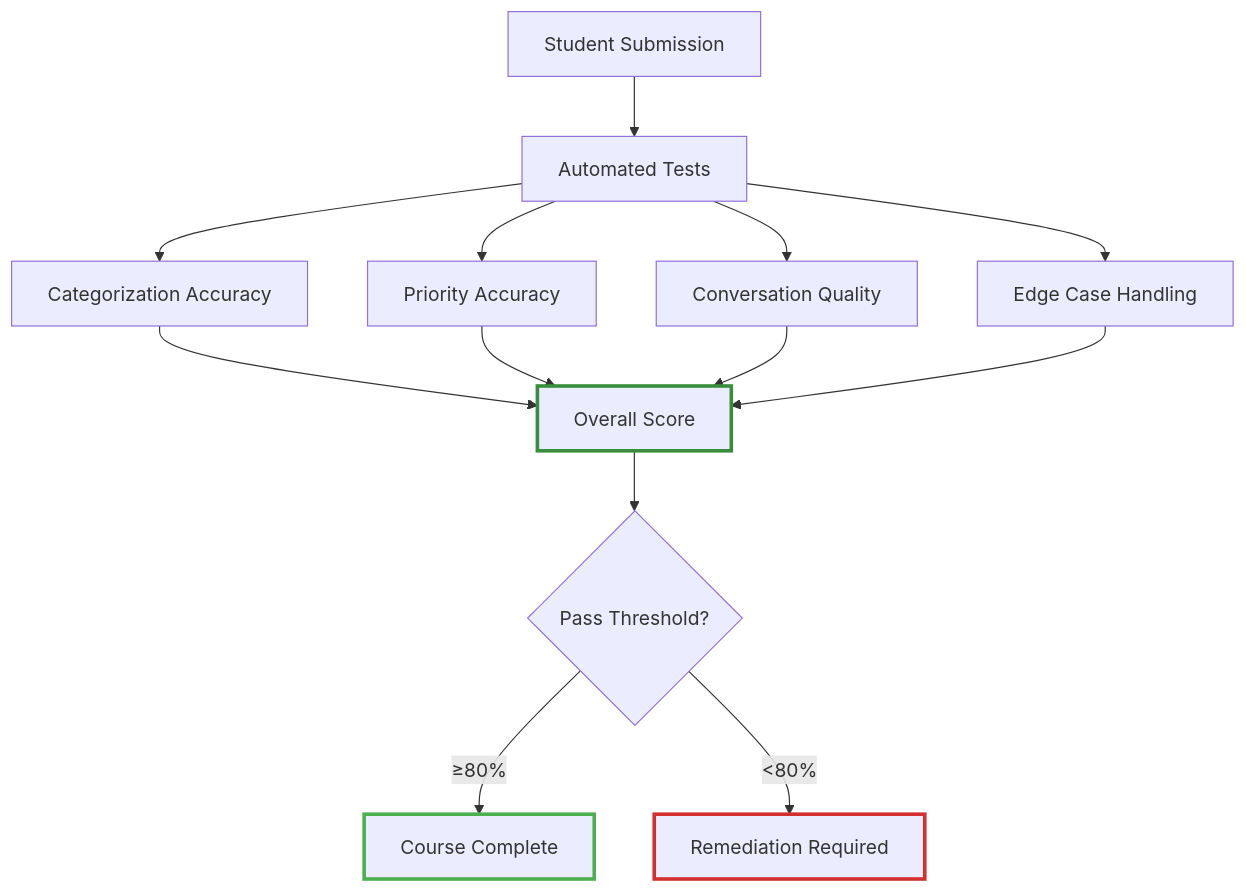
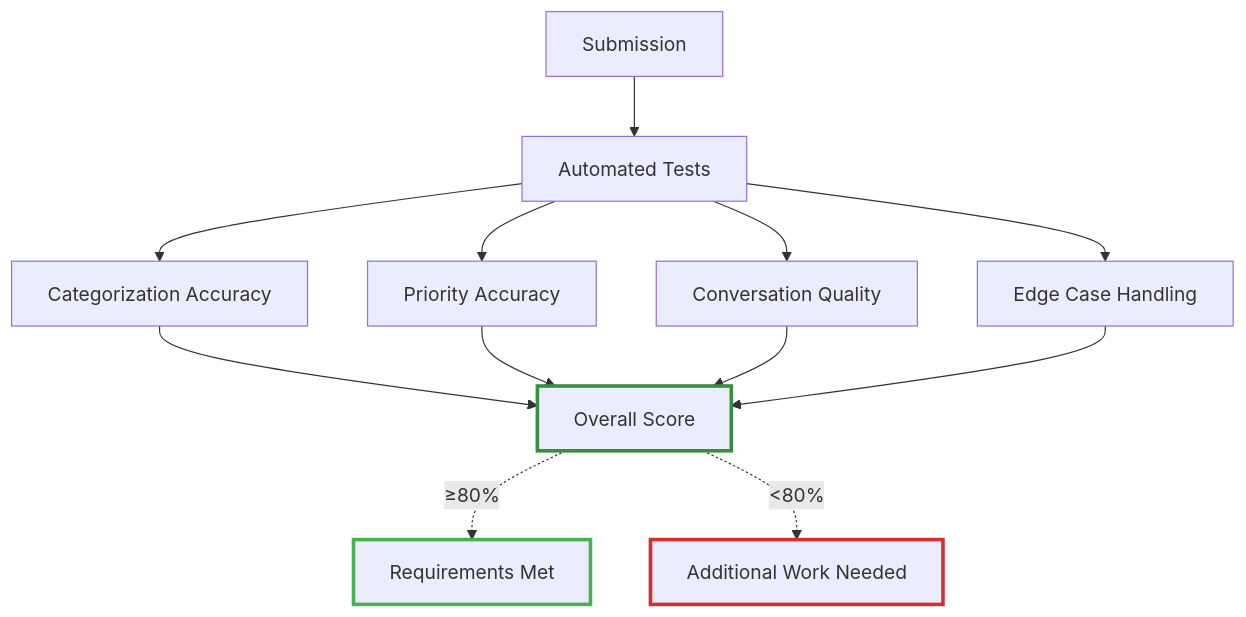
Before and after one commit to dextersjab/agentic-workbench-langgraph: the seventh of 7 diagrams in README.md, drawn with Mermaid. The commit also changed other lines of this file and 1 other file, not shown here.

````diff
--- a/README.md
+++ b/README.md
@@ -347,21 +327,20 @@
 ```mermaid
 graph TD
-    A[Student Submission] --> B[Automated Tests]
+    A[Submission] --> B[Automated Tests]
     B --> C[Categorization Accuracy]
     B --> D[Priority Accuracy]
     B --> E[Conversation Quality]
     B --> F[Edge Case Handling]
     
     C --> G[Overall Score]
     D --> G
     E --> G
     F --> G
     
-    G --> H{Pass Threshold?}
-    H -->|≥80%| I[Course Complete]
-    H -->|<80%| J[Remediation Required]
+    G -.->|≥80%| H[Requirements Met]
+    G -.->|<80%| I[Additional Work Needed]
     
     style G stroke:#388e3c,stroke-width:3px
-    style I stroke:#4caf50,stroke-width:3px
-    style J stroke:#d32f2f,stroke-width:3px
+    style H stroke:#4caf50,stroke-width:3px
+    style I stroke:#d32f2f,stroke-width:3px
 ```
````
